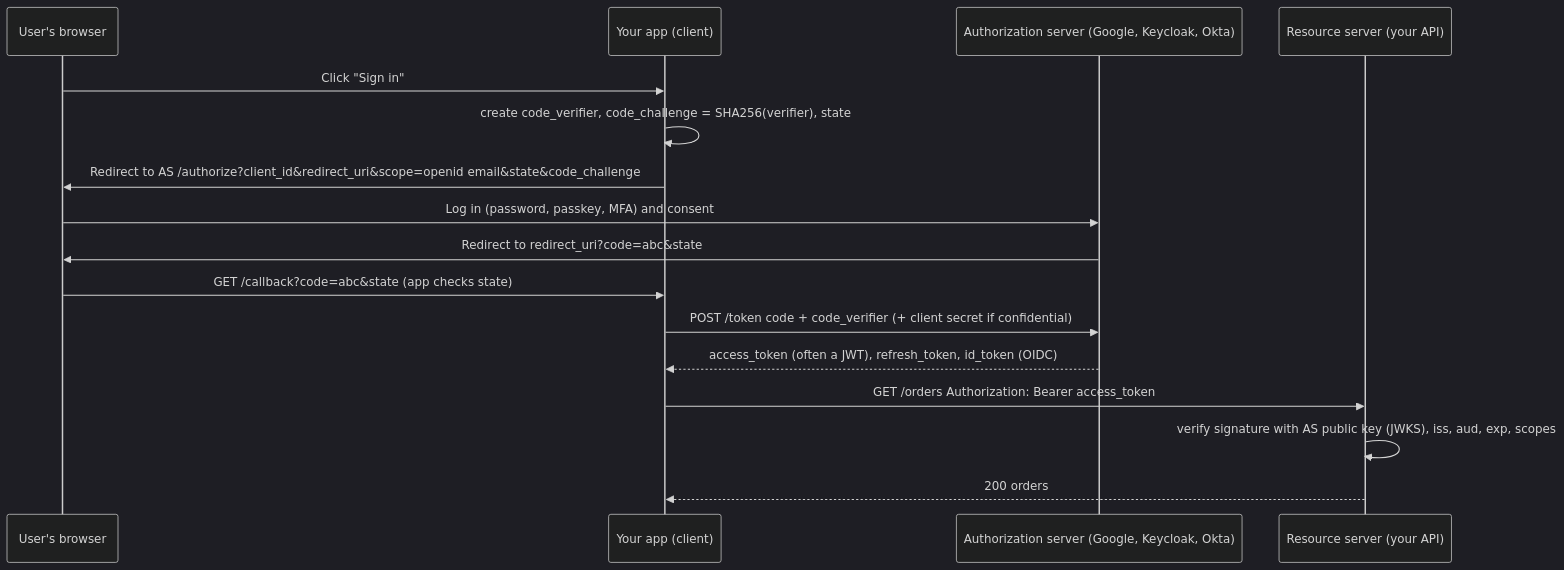
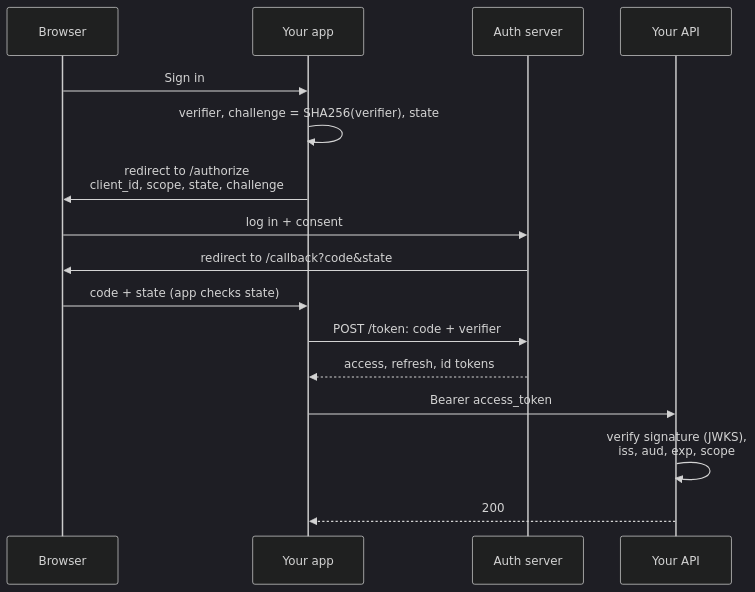
The diagram in src/content/topics/backend/authn-authz/diagrams/oauth-code-pkce.mmd (dhaval-76/engineering-field-guide), drawn with Mermaid (dark theme) before and after one commit. The commit also changed 56 other files, not shown here.

```diff
--- a/src/content/topics/backend/authn-authz/diagrams/oauth-code-pkce.mmd
+++ b/src/content/topics/backend/authn-authz/diagrams/oauth-code-pkce.mmd
@@ -1,16 +1,16 @@
 sequenceDiagram
-  participant U as User's browser
-  participant App as Your app (client)
-  participant AS as Authorization server (Google, Keycloak, Okta)
-  participant API as Resource server (your API)
-  U->>App: Click "Sign in"
-  App->>App: create code_verifier, code_challenge = SHA256(verifier), state
-  App->>U: Redirect to AS /authorize?client_id&redirect_uri&scope=openid email&state&code_challenge
-  U->>AS: Log in (password, passkey, MFA) and consent
-  AS->>U: Redirect to redirect_uri?code=abc&state
-  U->>App: GET /callback?code=abc&state  (app checks state)
-  App->>AS: POST /token code + code_verifier (+ client secret if confidential)
-  AS-->>App: access_token (often a JWT), refresh_token, id_token (OIDC)
-  App->>API: GET /orders  Authorization: Bearer access_token
-  API->>API: verify signature with AS public key (JWKS), iss, aud, exp, scopes
-  API-->>App: 200 orders
+  participant U as Browser
+  participant App as Your app
+  participant AS as Auth server
+  participant API as Your API
+  U->>App: Sign in
+  App->>App: verifier, challenge = SHA256(verifier), state
+  App->>U: redirect to /authorize<br/>client_id, scope, state, challenge
+  U->>AS: log in + consent
+  AS->>U: redirect to /callback?code&state
+  U->>App: code + state (app checks state)
+  App->>AS: POST /token: code + verifier
+  AS-->>App: access, refresh, id tokens
+  App->>API: Bearer access_token
+  API->>API: verify signature (JWKS),<br/>iss, aud, exp, scope
+  API-->>App: 200
```
